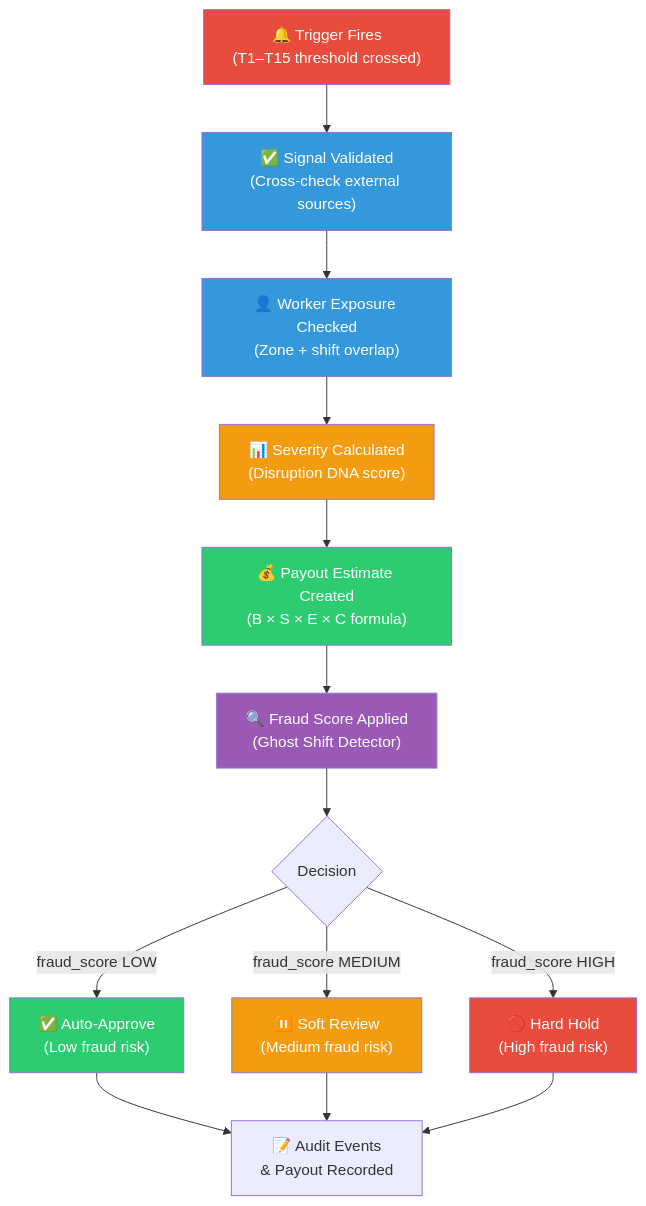
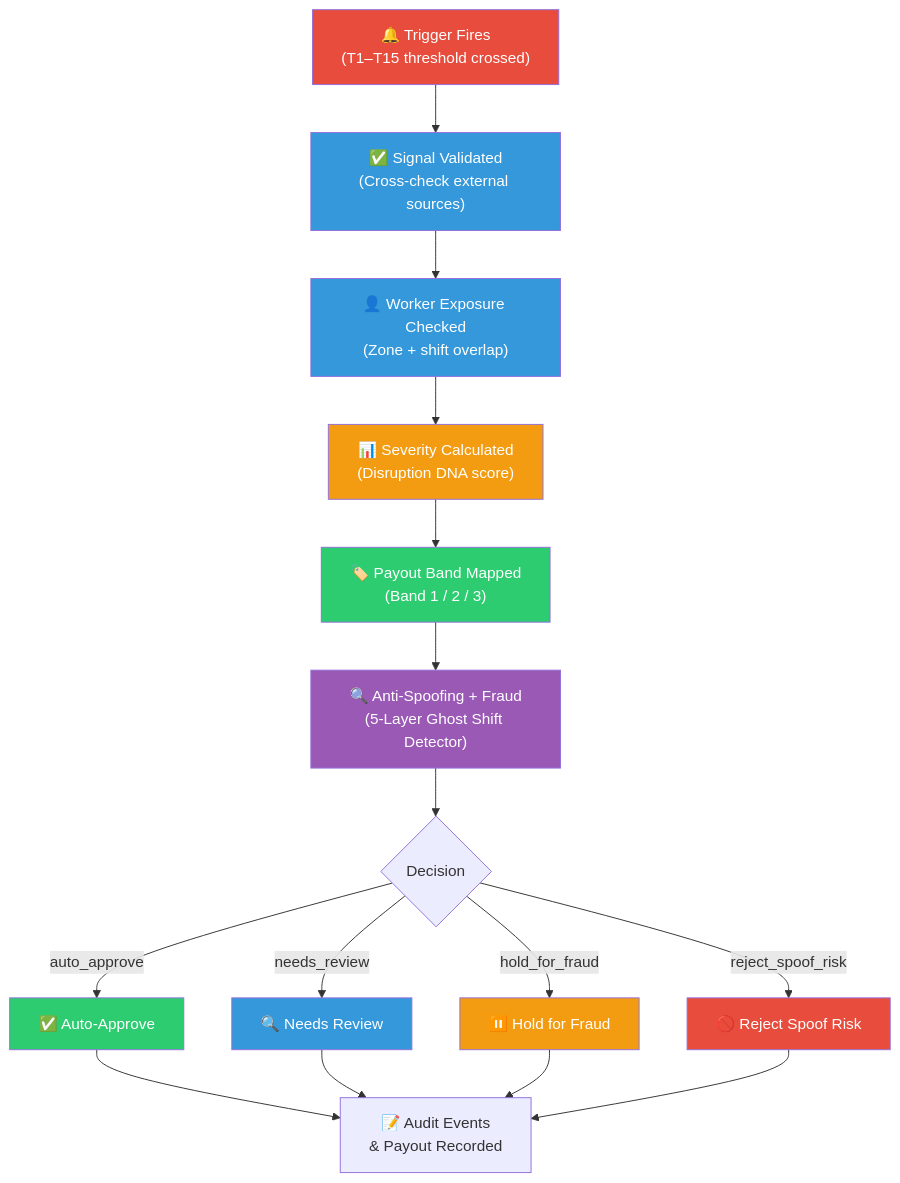
The first of 2 diagrams in claim-engine/README.md (Chorko/Celestius_Covara_One_P1), drawn with Mermaid before and after one commit. The commit also changed other lines of this file and 18 other files, not shown here.

Commit message:
docs: Add adversarial defense, parametric ladder, and multi-signal anti-spoofing logic

````diff
--- a/claim-engine/README.md
+++ b/claim-engine/README.md
@@ -40,37 +40,41 @@
 ```mermaid
 flowchart TD
     T["🔔 Trigger Fires<br/>(T1–T15 threshold crossed)"]
     V["✅ Signal Validated<br/>(Cross-check external sources)"]
     E["👤 Worker Exposure Checked<br/>(Zone + shift overlap)"]
     S["📊 Severity Calculated<br/>(Disruption DNA score)"]
-    P["💰 Payout Estimate Created<br/>(B × S × E × C formula)"]
-    F["🔍 Fraud Score Applied<br/>(Ghost Shift Detector)"]
+    B["🏷️ Payout Band Mapped<br/>(Band 1 / 2 / 3)"]
+    F["🔍 Anti-Spoofing + Fraud<br/>(5-Layer Ghost Shift Detector)"]
     D{"Decision"}
-    A["✅ Auto-Approve<br/>(Low fraud risk)"]
-    R["⏸️ Soft Review<br/>(Medium fraud risk)"]
-    H["🚫 Hard Hold<br/>(High fraud risk)"]
+    A["✅ Auto-Approve"]
+    R["🔍 Needs Review"]
+    H["⏸️ Hold for Fraud"]
+    X["🚫 Reject Spoof Risk"]
     AU["📝 Audit Events<br/>& Payout Recorded"]
 
     T --> V
     V --> E
     E --> S
-    S --> P
-    P --> F
+    S --> B
+    B --> F
     F --> D
-    D -- "fraud_score LOW" --> A
-    D -- "fraud_score MEDIUM" --> R
-    D -- "fraud_score HIGH" --> H
+    D -- "auto_approve" --> A
+    D -- "needs_review" --> R
+    D -- "hold_for_fraud" --> H
+    D -- "reject_spoof_risk" --> X
     A --> AU
     R --> AU
     H --> AU
+    X --> AU
 
     style T fill:#e74c3c,color:#fff
     style V fill:#3498db,color:#fff
     style E fill:#3498db,color:#fff
     style S fill:#f39c12,color:#fff
-    style P fill:#2ecc71,color:#fff
+    style B fill:#2ecc71,color:#fff
     style F fill:#9b59b6,color:#fff
     style A fill:#2ecc71,color:#fff
-    style R fill:#f39c12,color:#fff
-    style H fill:#e74c3c,color:#fff
+    style R fill:#3498db,color:#fff
+    style H fill:#f39c12,color:#fff
+    style X fill:#e74c3c,color:#fff
 ```
````
